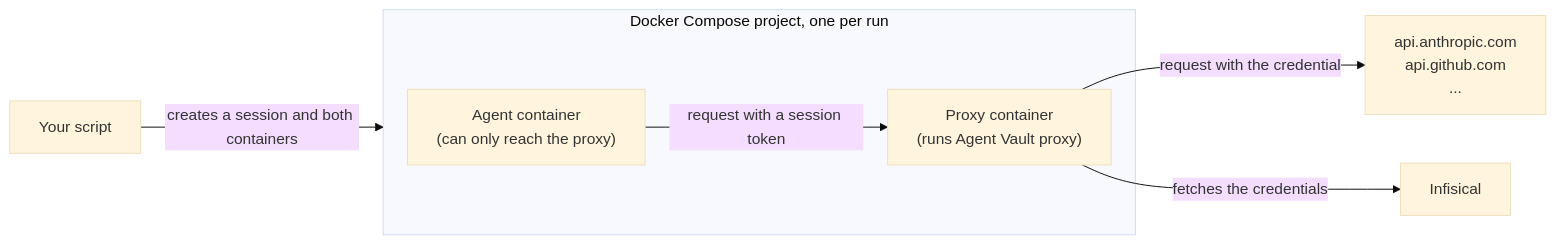
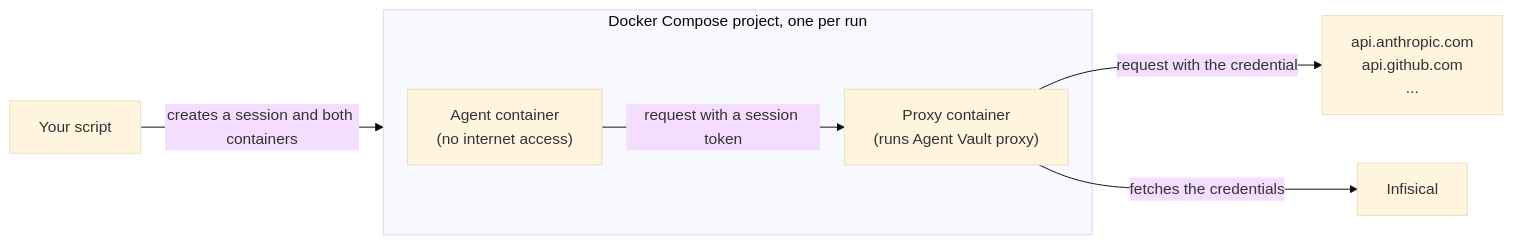
The diagram in docs/documentation/platform/agent-vault/guides/docker.mdx (Infisical/infisical), drawn with Mermaid (base theme) before and after one commit. The commit also changed other lines of this file, not shown here.

Commit message:
stop cancelled runs cleanly and note host services the agent can reach

````diff
--- a/docs/documentation/platform/agent-vault/guides/docker.mdx
+++ b/docs/documentation/platform/agent-vault/guides/docker.mdx
@@ -14,14 +14,14 @@
 ```mermaid
 flowchart LR
   script["Your script"]
   subgraph compose["Docker Compose project, one per run"]
-    agent["Agent container<br/>(can only reach the proxy)"]
+    agent["Agent container<br/>(no internet access)"]
     proxy["Proxy container<br/>(runs Agent Vault proxy)"]
   end
   apis["api.anthropic.com<br/>api.github.com<br/>..."]
   infisical["Infisical"]
   script -->|"creates a session and both containers"| compose
   agent -->|"request with a session token"| proxy
   proxy -->|"request with the credential"| apis
   proxy -->|"fetches the credentials"| infisical
 ```
````
